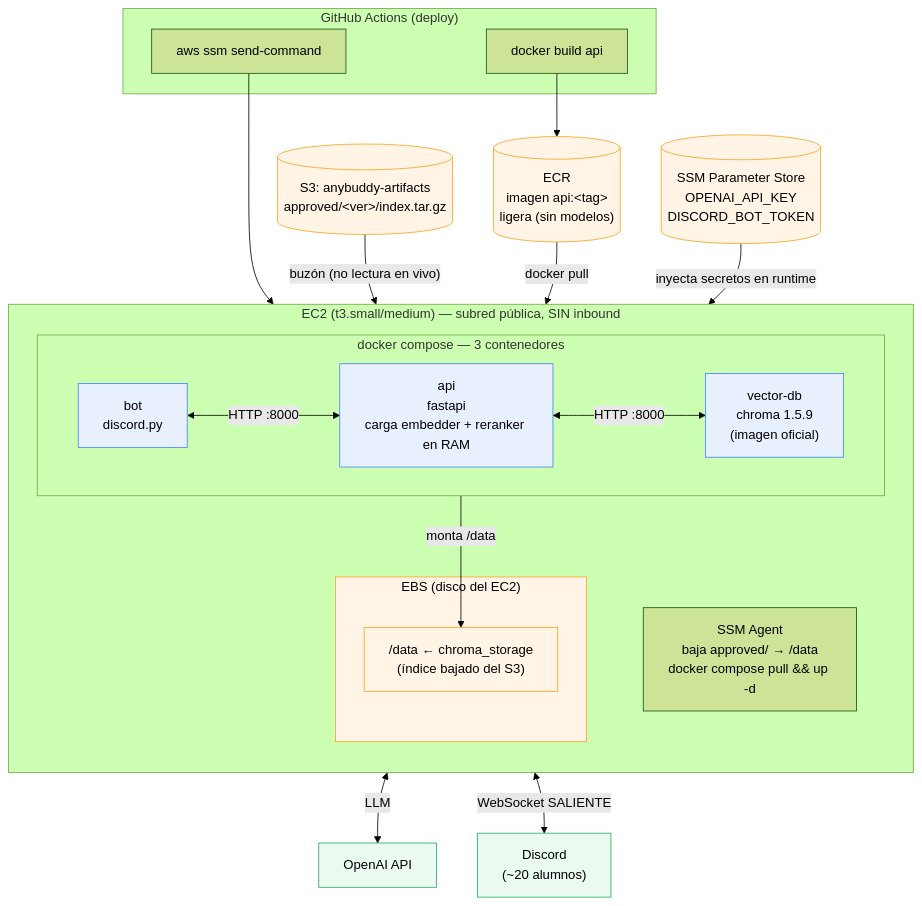
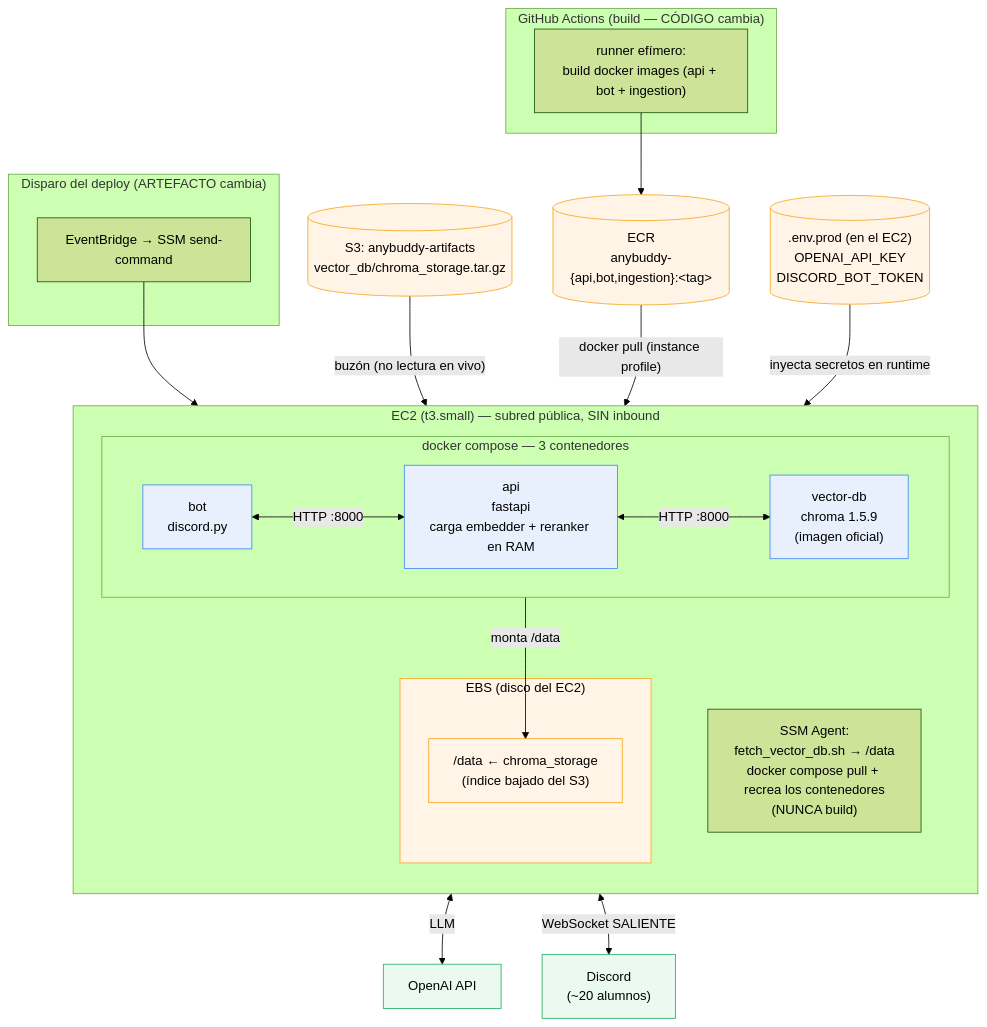
The third of 4 diagrams in ARCHITECTURE.md (kevin-ja/anybuddy), drawn with Mermaid (forest theme) before and after one commit. The commit also changed other lines of this file and 26 other files, not shown here.

Commit message:
Add Terraform Fase 0 (network/iam/compute) y docker-compose.prod; limpiar workflows viejos

````diff
--- a/ARCHITECTURE.md
+++ b/ARCHITECTURE.md
@@ -130,48 +147,51 @@
 ```mermaid
 flowchart TB
-    subgraph GHA["GitHub Actions (deploy)"]
-        BUILD["docker build api"]
-        SSM["aws ssm send-command"]
+    subgraph GHA["GitHub Actions (build — CÓDIGO cambia)"]
+        BUILD["runner efímero:<br/>build docker images (api + bot + ingestion)"]
     end
 
-    ECR[("ECR<br/>imagen api:&lt;tag&gt;<br/>ligera (sin modelos)")]
-    S3A[("S3: anybuddy-artifacts<br/>approved/&lt;ver&gt;/index.tar.gz")]
-    SSMP[("SSM Parameter Store<br/>OPENAI_API_KEY<br/>DISCORD_BOT_TOKEN")]
+    subgraph TRIG["Disparo del deploy (ARTEFACTO cambia)"]
+        SSM["EventBridge → SSM send-command"]
+    end
 
-    subgraph EC2["EC2 (t3.small/medium) — subred pública, SIN inbound"]
+    ECR[("ECR<br/>anybuddy-{api,bot,ingestion}:&lt;tag&gt;")]
+    S3[("S3: anybuddy-artifacts<br/>vector_db/chroma_storage.tar.gz")]
+    ENV[(".env.prod (en el EC2)<br/>OPENAI_API_KEY<br/>DISCORD_BOT_TOKEN")]
+
+    subgraph EC2["EC2 (t3.small) — subred pública, SIN inbound"]
         direction TB
-        AGENT["SSM Agent<br/>baja approved/ → /data<br/>docker compose pull && up -d"]
+        AGENT["SSM Agent:<br/>fetch_vector_db.sh → /data<br/>docker compose pull + recrea los contenedores<br/>(NUNCA build)"]
 
         subgraph DC["docker compose — 3 contenedores"]
             direction LR
             VDB["vector-db<br/>chroma 1.5.9<br/>(imagen oficial)"]
             API["api<br/>fastapi<br/>carga embedder + reranker en RAM"]
             BOT["bot<br/>discord.py"]
             API <-- "HTTP :8000" --> VDB
             BOT <-- "HTTP :8000" --> API
         end
 
         subgraph EBS["EBS (disco del EC2)"]
             DATA["/data ← chroma_storage<br/>(índice bajado del S3)"]
         end
         VDB -- "monta /data" --> DATA
     end
 
     OAI["OpenAI API"]
     DISCORD["Discord<br/>(~20 alumnos)"]
 
     BUILD --> ECR
     SSM --> AGENT
-    ECR -- "docker pull" --> DC
-    S3A -- "buzón (no lectura en vivo)" --> AGENT
-    SSMP -- "inyecta secretos en runtime" --> DC
+    ECR -- "docker pull (instance profile)" --> DC
+    S3 -- "buzón (no lectura en vivo)" --> AGENT
+    ENV -- "inyecta secretos en runtime" --> DC
     API <-- "LLM" --> OAI
     BOT <-- "WebSocket SALIENTE" --> DISCORD
 
     classDef store fill:#fff4e5,stroke:#f5a623,color:#000
     classDef ext fill:#eafaf1,stroke:#27ae60,color:#000
     classDef compute fill:#e8f0fe,stroke:#4285f4,color:#000
-    class ECR,S3A,SSMP,EBS,DATA store
+    class ECR,S3,ENV,EBS,DATA store
     class OAI,DISCORD ext
     class VDB,API,BOT compute
 ```
````
